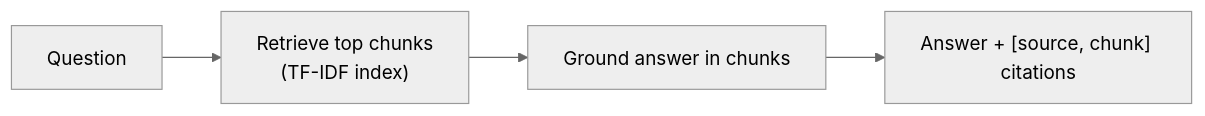
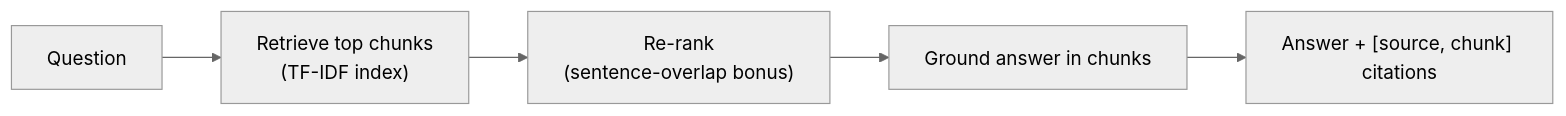
One commit to derekgallardo01/rag-over-docs-kit changed the diagram in README.md. Above: the diagram before and after it, drawn with Mermaid (neutral theme). The commit also changed other lines of this file and 9 other files, not shown here.

First line of the commit message:
Add re-ranking, eval harness, interactive CLI, and architecture/customization/evaluation docs

````diff
--- a/README.md
+++ b/README.md
@@ -17,6 +28,7 @@
 ```mermaid
 flowchart LR
-    Q["Question"] --> R["Retrieve top chunks\n(TF-IDF index)"]
-    R --> G["Ground answer in chunks"]
+    Q["Question"] --> R["Retrieve top chunks<br/>(TF-IDF index)"]
+    R --> RR["Re-rank<br/>(sentence-overlap bonus)"]
+    RR --> G["Ground answer in chunks"]
     G --> A["Answer + [source, chunk] citations"]
 ```
````
